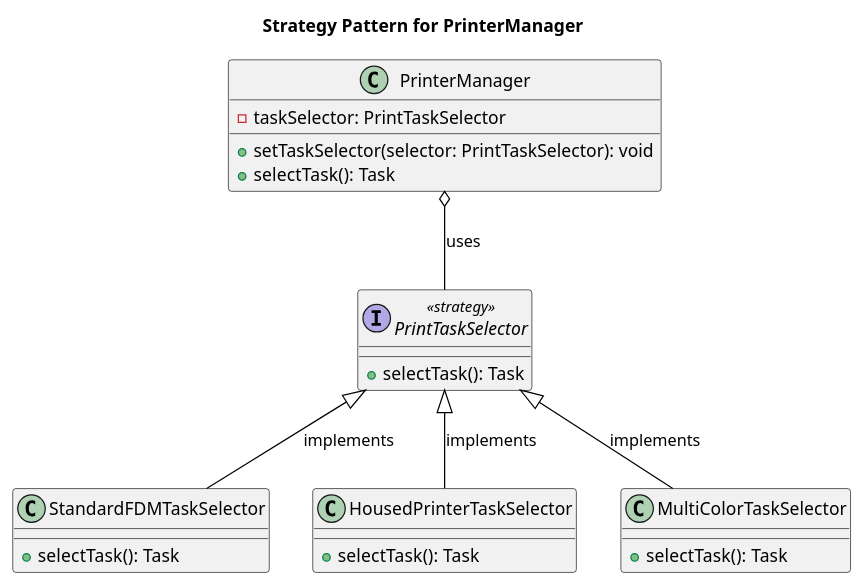
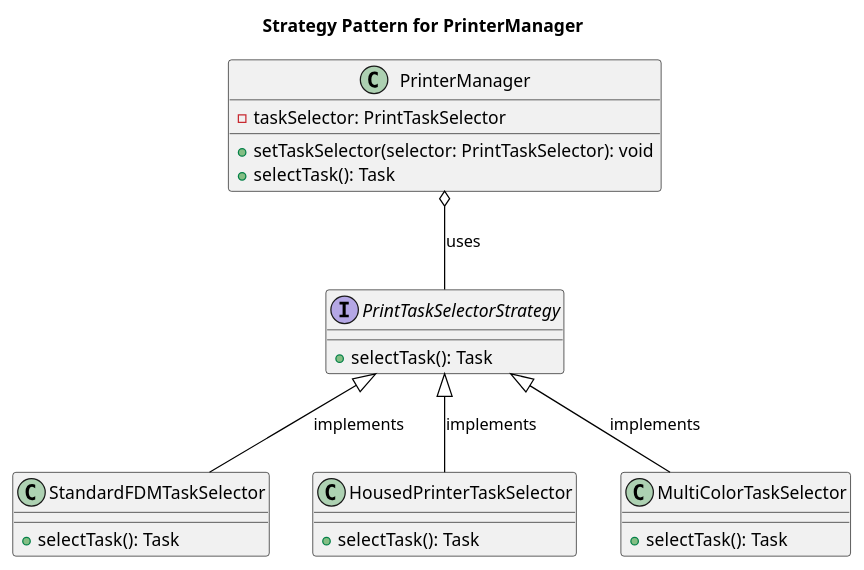
The diagram in src/main/diagrams/StrategyPattern.puml (hann-xq/system-design), drawn with PlantUML before and after one commit.

Commit message:
Strategy Pattern diagram updated

```diff
--- a/src/main/diagrams/StrategyPattern.puml
+++ b/src/main/diagrams/StrategyPattern.puml
@@ -1,35 +1,35 @@
 @startuml
 skinparam class {
 
     ArrowColor Black
     BorderColor Black
 }
 
 title Strategy Pattern for PrinterManager
 
-interface PrintTaskSelector <<strategy>> {
+interface PrintTaskSelectorStrategy{
     +selectTask(): Task
 }
 
 class StandardFDMTaskSelector  {
     +selectTask(): Task
 }
 class HousedPrinterTaskSelector {
     +selectTask(): Task
 }
 class MultiColorTaskSelector  {
     +selectTask(): Task
 }
 
 class PrinterManager {
     -taskSelector: PrintTaskSelector
     +setTaskSelector(selector: PrintTaskSelector): void
     +selectTask(): Task
 }
 
-PrintTaskSelector <|-- StandardFDMTaskSelector : implements
-PrintTaskSelector <|-- HousedPrinterTaskSelector : implements
-PrintTaskSelector <|-- MultiColorTaskSelector : implements
+PrintTaskSelectorStrategy <|-- StandardFDMTaskSelector : implements
+PrintTaskSelectorStrategy <|-- HousedPrinterTaskSelector : implements
+PrintTaskSelectorStrategy <|-- MultiColorTaskSelector : implements
 
-PrinterManager o-- PrintTaskSelector : uses
+PrinterManager o-- PrintTaskSelectorStrategy : uses
 @enduml
```
